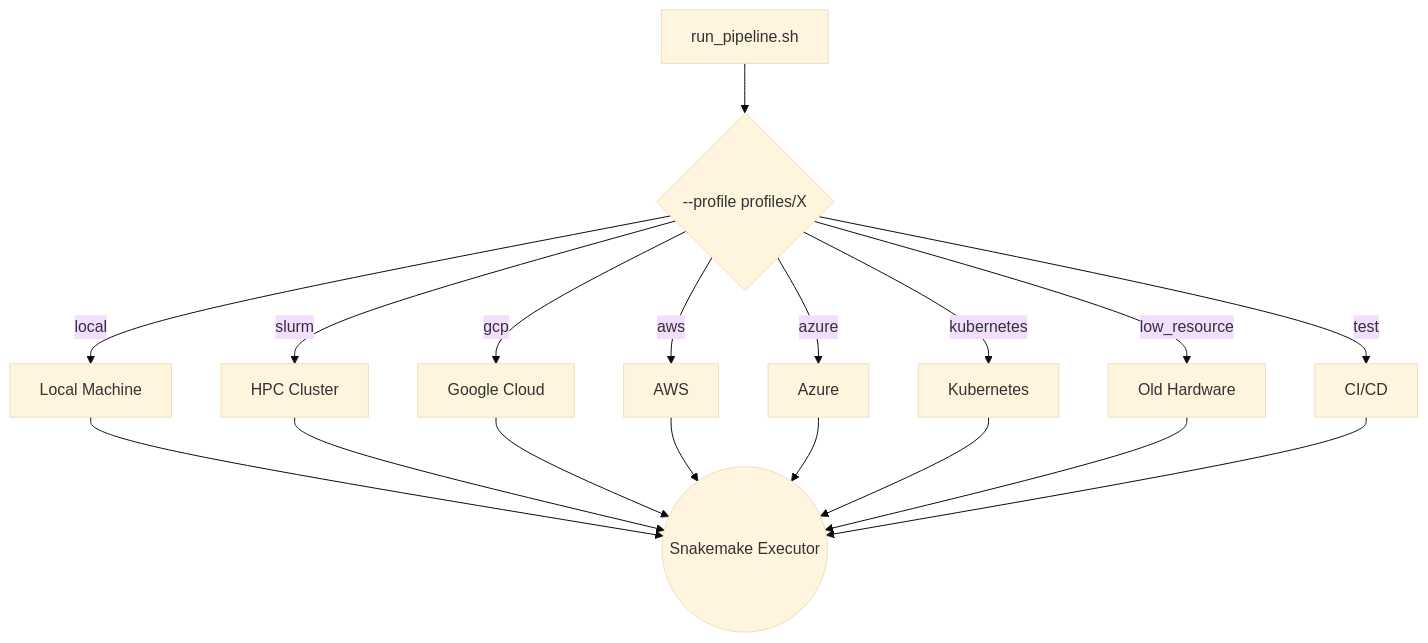
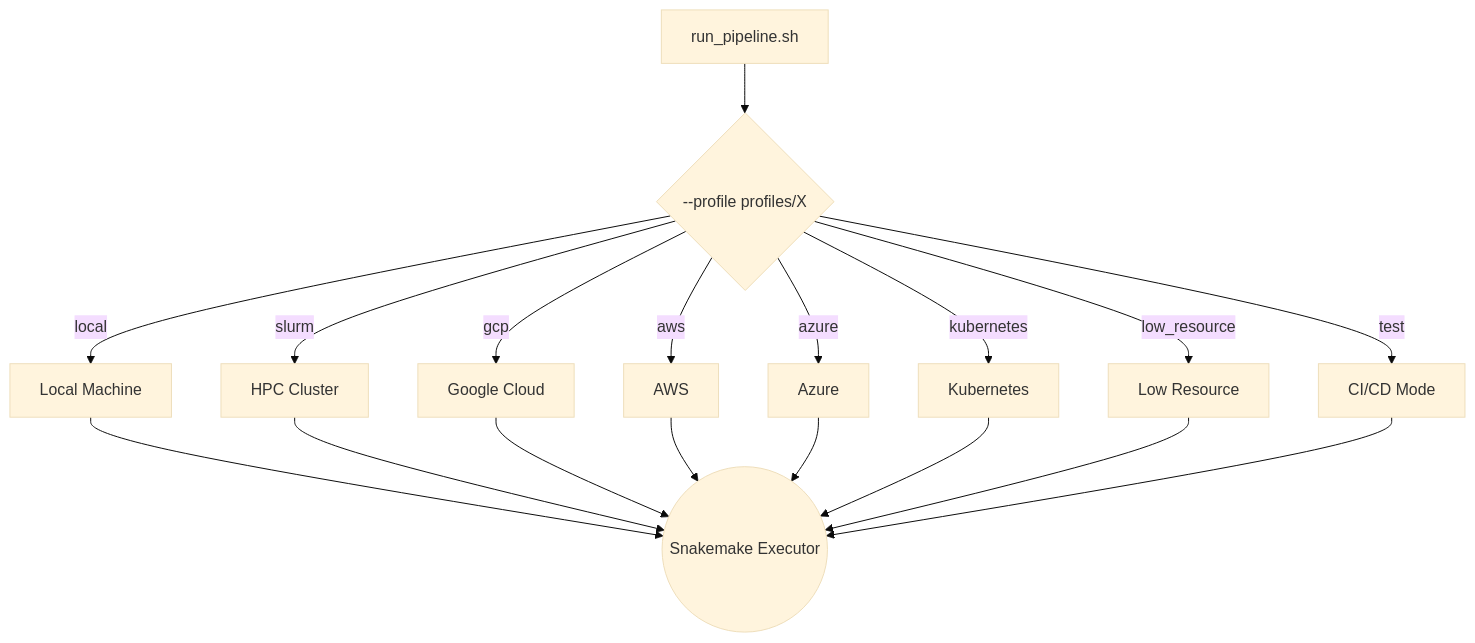
The diagram in profiles/README.md (BDB-Genomics/bdb-rnaseq), drawn with Mermaid (base theme) before and after one commit. The commit also changed other lines of this file and 14 other files, not shown here.

Commit message:
docs: thoroughly revise all pipeline READMEs, add architecture diagrams, and implement native DESeq2 VST

````diff
--- a/profiles/README.md
+++ b/profiles/README.md
@@ -9,22 +9,22 @@
 ```mermaid
 graph TD
-    A[run_pipeline.sh] --> B{--profile profiles/X}
+    A["run_pipeline.sh"] --> B{"--profile profiles/X"}
     
-    B -->|local| C[Local Machine]
-    B -->|slurm| D[HPC Cluster]
-    B -->|gcp| E[Google Cloud]
-    B -->|aws| F[AWS]
-    B -->|azure| G[Azure]
-    B -->|kubernetes| H[Kubernetes]
-    B -->|low_resource| I[Old Hardware]
-    B -->|test| J[CI/CD]
+    B -->|local| C["Local Machine"]
+    B -->|slurm| D["HPC Cluster"]
+    B -->|gcp| E["Google Cloud"]
+    B -->|aws| F["AWS"]
+    B -->|azure| G["Azure"]
+    B -->|kubernetes| H["Kubernetes"]
+    B -->|low_resource| I["Low Resource"]
+    B -->|test| J["CI/CD Mode"]
     
-    C --> K((Snakemake Executor))
+    C --> K(("Snakemake Executor"))
     D --> K
     E --> K
     F --> K
     G --> K
     H --> K
     I --> K
     J --> K
 ```
````
